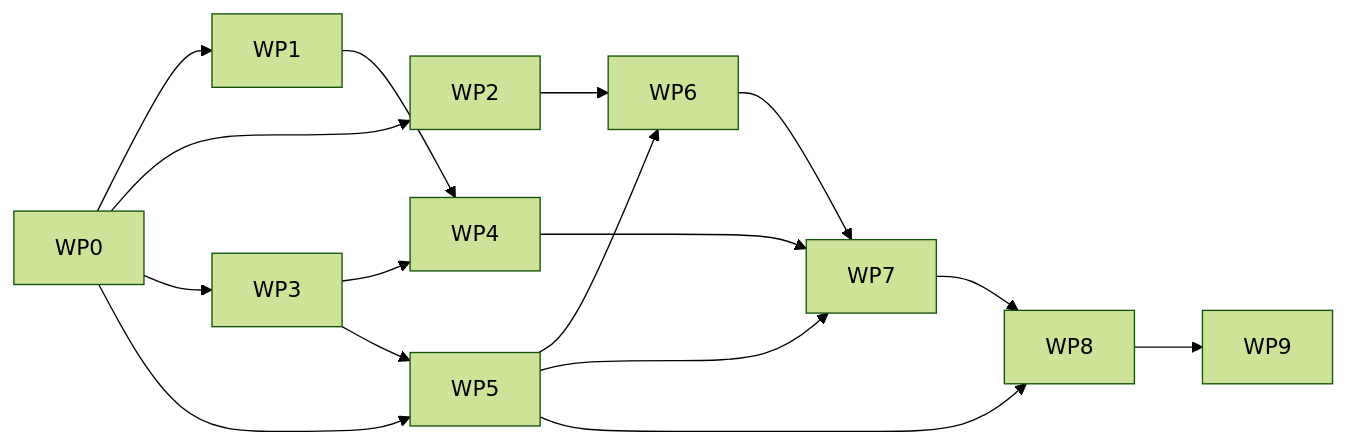
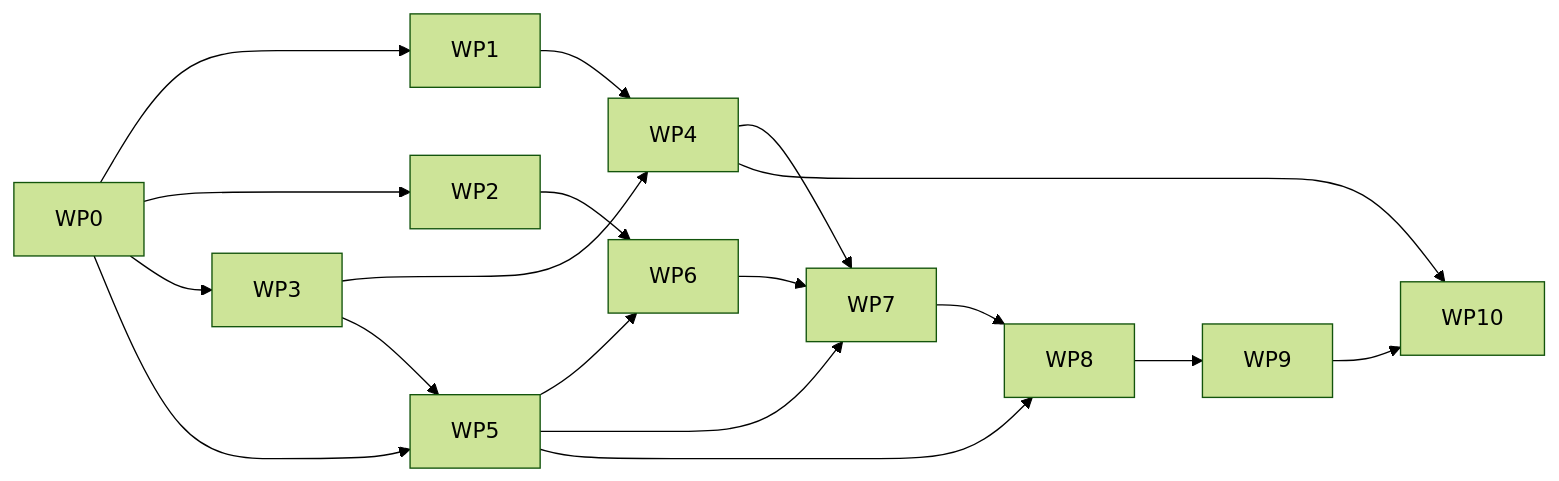
Before and after one commit to Kaesual/arena-web: the diagram in docs/prototype-work-packages.md, drawn with Mermaid (forest theme). The commit also changed other lines of this file and 5 other files, not shown here.

````diff
--- a/docs/prototype-work-packages.md
+++ b/docs/prototype-work-packages.md
@@ -78,18 +84,20 @@
 ```mermaid
 flowchart LR
     WP0 --> WP1
     WP0 --> WP2
     WP0 --> WP3
     WP0 --> WP5
     WP1 --> WP4
     WP3 --> WP4
     WP3 --> WP5
     WP2 --> WP6
     WP5 --> WP6
     WP4 --> WP7
     WP5 --> WP7
     WP6 --> WP7
     WP5 --> WP8
     WP7 --> WP8
     WP8 --> WP9
+    WP4 --> WP10
+    WP9 --> WP10
 ```
````
